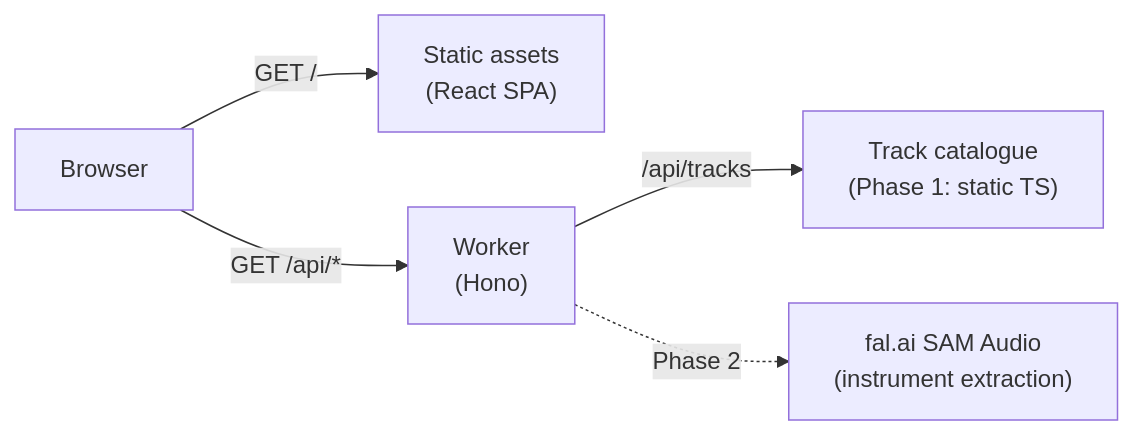
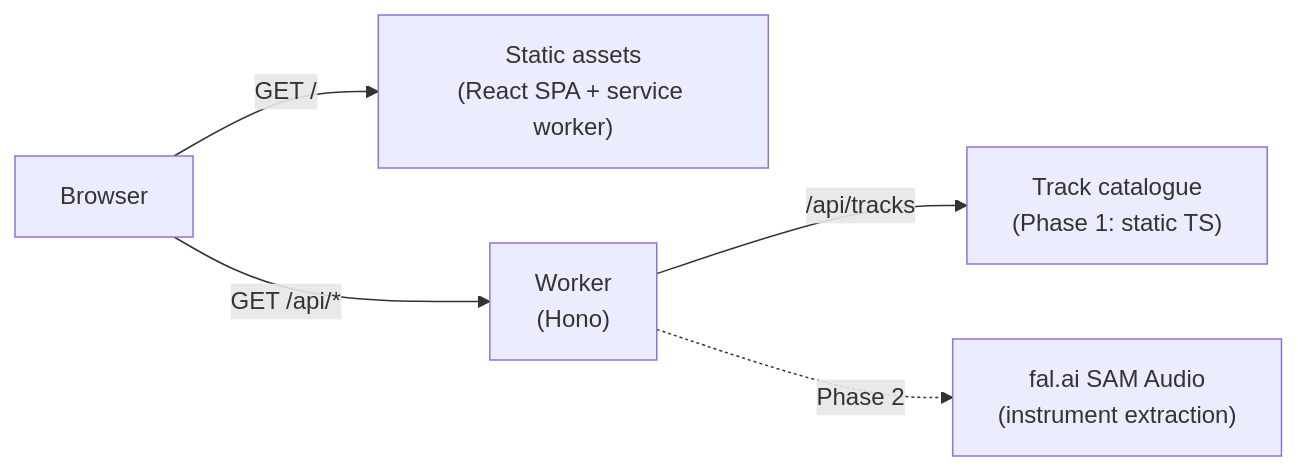
One commit to engineeringstuff/music-performance changed the diagram in docs/000. ARCHITECTURE.md. Above: the diagram before and after it, drawn with Mermaid. The commit also changed other lines of this file and 143 other files, not shown here.

````diff
--- a/docs/000. ARCHITECTURE.md
+++ b/docs/000. ARCHITECTURE.md
@@ -35,7 +35,7 @@
 ```mermaid
 flowchart LR
-  Browser["Browser"] -->|"GET /"| Assets["Static assets<br/>(React SPA)"]
+  Browser["Browser"] -->|"GET /"| Assets["Static assets<br/>(React SPA + service worker)"]
   Browser -->|"GET /api/*"| Worker["Worker<br/>(Hono)"]
   Worker -->|"/api/tracks"| Catalog["Track catalogue<br/>(Phase 1: static TS)"]
   Worker -.->|"Phase 2"| FAL["fal.ai SAM Audio<br/>(instrument extraction)"]
 ```
````
